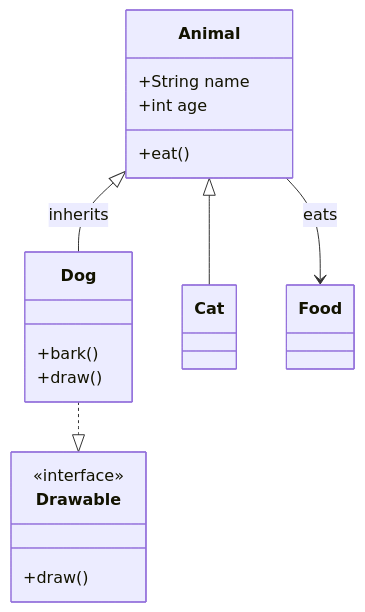
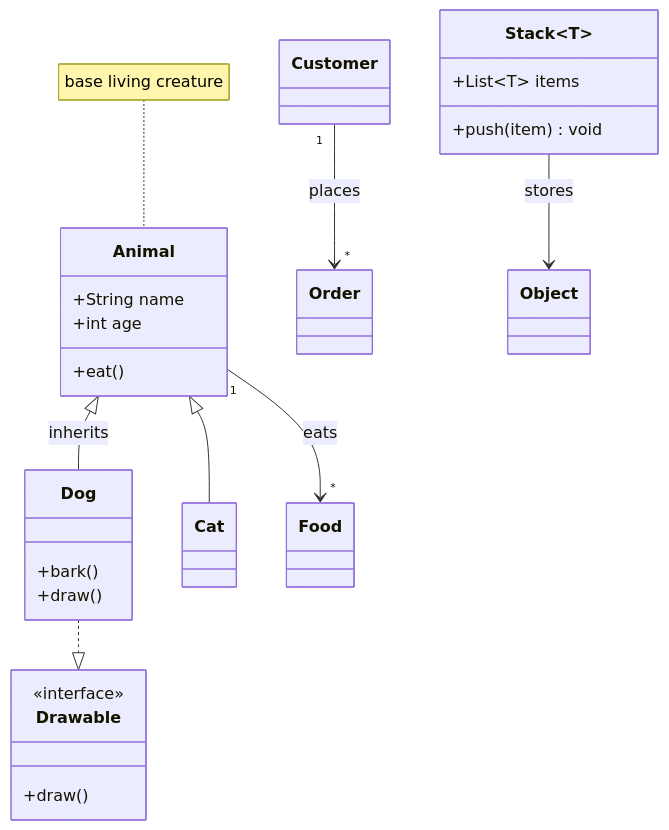
The diagram in examples/class.mmd (yingkitw/diagram), drawn with Mermaid before and after one commit. The commit also changed 10 other files, not shown here.

First line of the commit message:
Enhance diagram tool with support for fragments and notes in sequence and class diagrams

```diff
--- a/examples/class.mmd
+++ b/examples/class.mmd
@@ -1,18 +1,25 @@
 classDiagram
     class Drawable <<interface>> {
         +draw()
+    }
+    class Stack~T~ {
+        +List~T~ items
+        +push(item) void
     }
     class Animal {
         +String name
         +int age
         +eat()
     }
     class Dog {
         +bark()
         +draw()
     }
     class Cat
+    note for Animal "base living creature"
     Animal <|-- Dog : inherits
     Animal <|-- Cat
-    Animal --> Food : eats
+    Animal "1" --> "*" Food : eats
     Dog ..|> Drawable
+    Customer "1" --> "*" Order : places
+    Stack~T~ --> Object : stores
```
